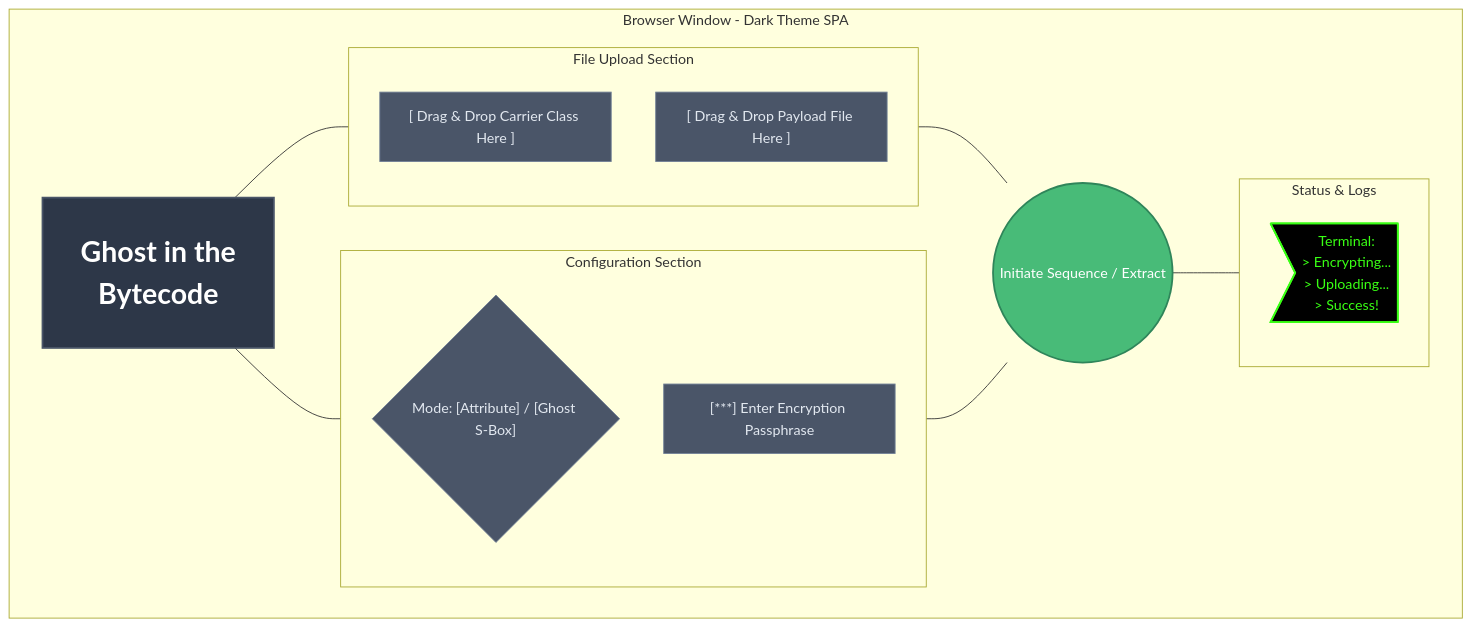
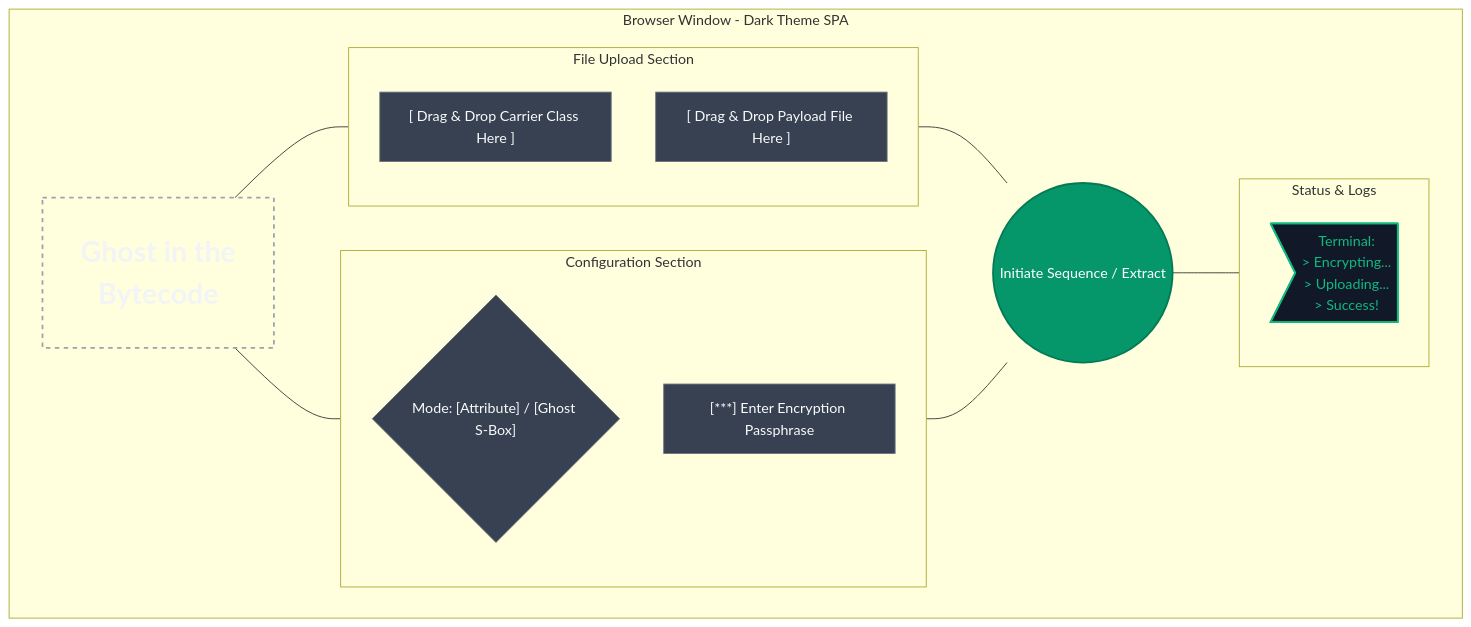
One commit to RohitBharadwaj-rvu/ghost-in-the-bytecode changed the second of 3 diagrams in docs/system_diagrams.md. Above: the diagram before and after it, drawn with Mermaid. The commit also changed other lines of this file and 7 other files, not shown here.

````diff
--- a/docs/system_diagrams.md
+++ b/docs/system_diagrams.md
@@ -50,33 +50,33 @@
 ```mermaid
 graph TD
-    classDef container fill:#2d3748,stroke:#4a5568,stroke-width:2px,color:#fff;
-    classDef element fill:#4a5568,stroke:#718096,stroke-width:1px,color:#e2e8f0;
-    classDef action fill:#48bb78,stroke:#2f855a,stroke-width:2px,color:#fff;
-    classDef terminal fill:#000,stroke:#39ff14,stroke-width:2px,color:#39ff14;
+    classDef container fill:transparent,stroke:#9ca3af,stroke-width:2px,color:#f3f4f6,stroke-dasharray: 5 5;
+    classDef element fill:#374151,stroke:#6b7280,stroke-width:1px,color:#f9fafb;
+    classDef action fill:#059669,stroke:#047857,stroke-width:2px,color:#ffffff;
+    classDef terminal fill:#111827,stroke:#10b981,stroke-width:2px,color:#10b981;
 
     subgraph Window [Browser Window - Dark Theme SPA]
         Header["<h1/> Ghost in the Bytecode"]:::container
         
         subgraph DropZones [File Upload Section]
             CarrierDrop["[ Drag & Drop Carrier Class Here ]"]:::element
             PayloadDrop["[ Drag & Drop Payload File Here ]"]:::element
         end
         
         subgraph Config [Configuration Section]
             ModeSelection{"Mode: [Attribute] / [Ghost S-Box]"}:::element
             PassphraseInput["[***] Enter Encryption Passphrase"]:::element
         end
 
         BtnAction(("Initiate Sequence / Extract")):::action
 
         subgraph Feedback [Status & Logs]
             TermOutput> Terminal: \n> Encrypting...\n> Uploading...\n> Success!]:::terminal
         end
         
         Header --- DropZones
         Header --- Config
         DropZones --- BtnAction
         Config --- BtnAction
         BtnAction --- Feedback
     end
 ```
````
